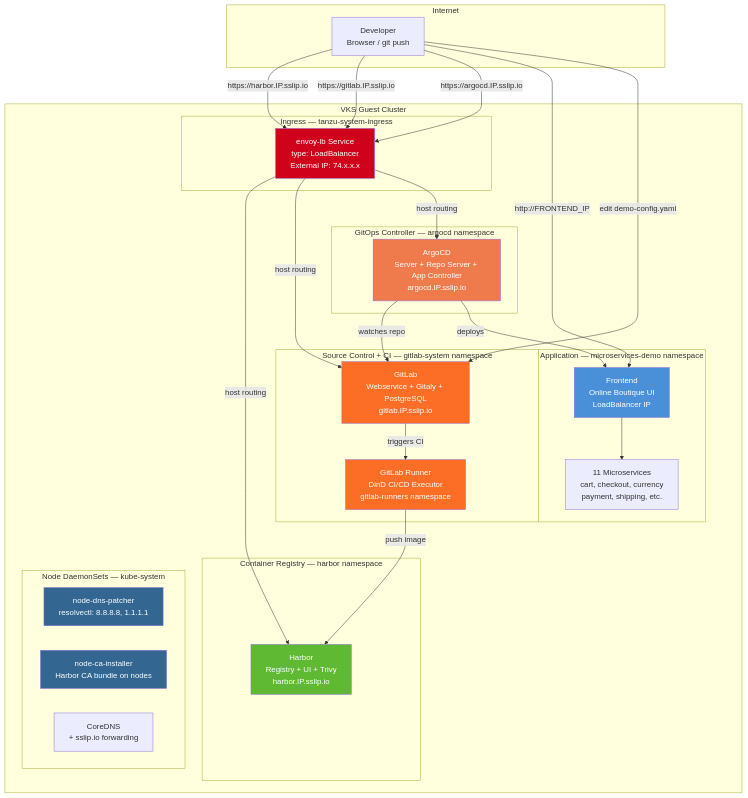
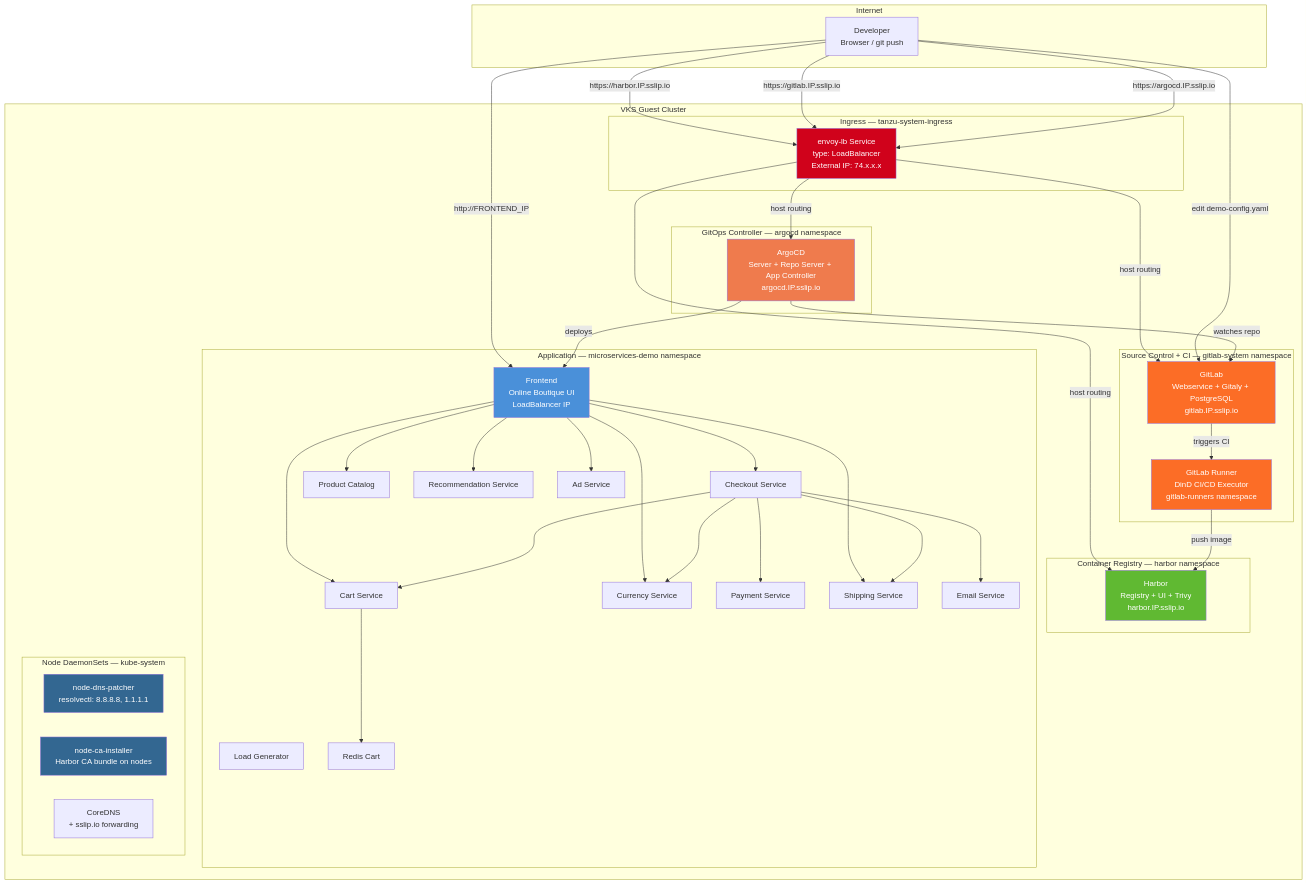
One commit to scafeman/vcf9-iac-onboarding changed the diagram in docs/architecture/deploy-gitops.md. Above: the diagram before and after it, drawn with Mermaid.

Commit message:
docs: restore individual microservices to deploy-gitops diagram
Added back all 11 microservices (cart, checkout, currency, payment,
shipping, product catalog, recommendation, ad, email, load generator,
redis) with service-to-service connections showing the actual Online
Boutique architecture. Frontend connects to downstream services,
checkout fans out to payment/email/shipping/currency/cart, cart
connects to redis.

```diff
--- a/docs/architecture/deploy-gitops.md
+++ b/docs/architecture/deploy-gitops.md
@@ -34,7 +34,17 @@
 
         subgraph "Application — microservices-demo namespace"
             FRONTEND[Frontend<br/>Online Boutique UI<br/>LoadBalancer IP]
-            SERVICES[11 Microservices<br/>cart, checkout, currency<br/>payment, shipping, etc.]
+            CART[Cart Service]
+            CHECKOUT[Checkout Service]
+            CURRENCY[Currency Service]
+            PAYMENT[Payment Service]
+            SHIPPING[Shipping Service]
+            PRODUCT[Product Catalog]
+            RECOMMEND[Recommendation Service]
+            AD[Ad Service]
+            EMAIL[Email Service]
+            LOADGEN[Load Generator]
+            REDIS[Redis Cart]
         end
 
         subgraph "Node DaemonSets — kube-system"
@@ -59,7 +69,19 @@
     ARGOCD -->|watches repo| GITLAB
     ARGOCD -->|deploys| FRONTEND
 
-    FRONTEND --> SERVICES
+    FRONTEND --> CART
+    FRONTEND --> CHECKOUT
+    FRONTEND --> CURRENCY
+    FRONTEND --> SHIPPING
+    FRONTEND --> PRODUCT
+    FRONTEND --> RECOMMEND
+    FRONTEND --> AD
+    CHECKOUT --> PAYMENT
+    CHECKOUT --> EMAIL
+    CHECKOUT --> SHIPPING
+    CHECKOUT --> CURRENCY
+    CHECKOUT --> CART
+    CART --> REDIS
 
     style HARBOR fill:#60b932,color:#fff
     style GITLAB fill:#fc6d26,color:#fff
```
